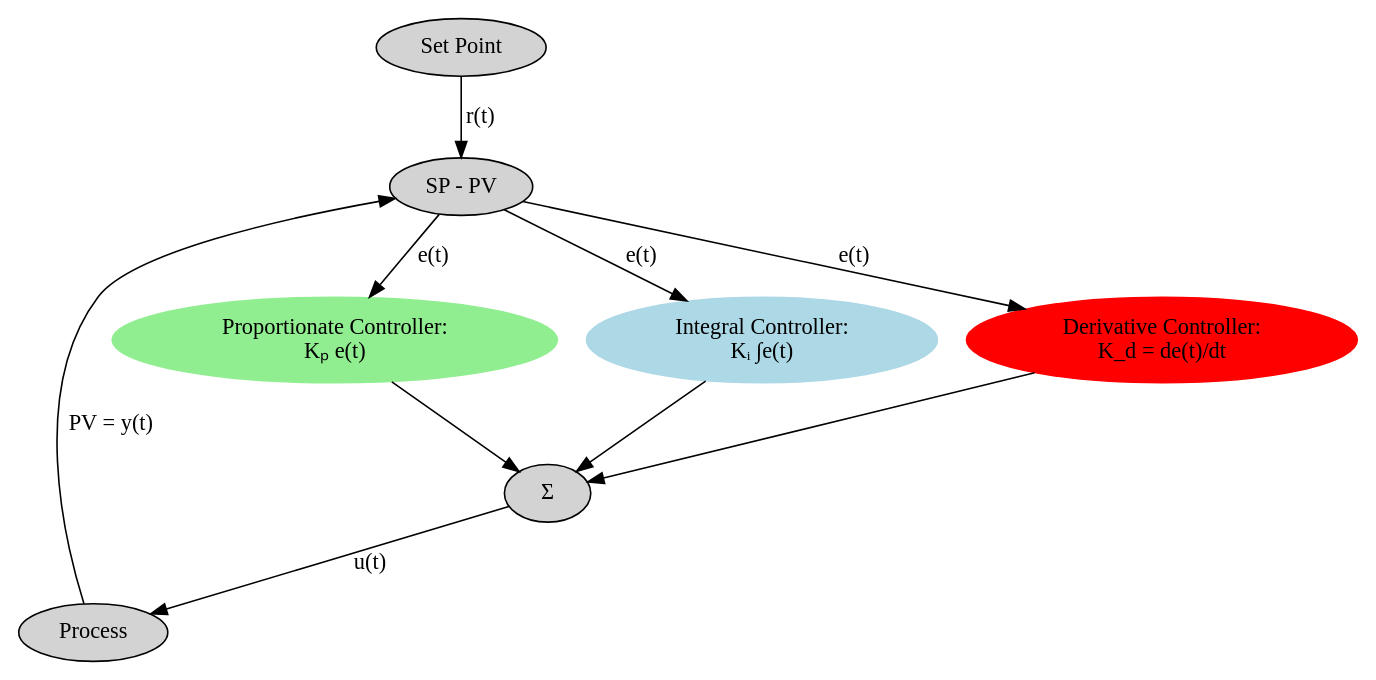
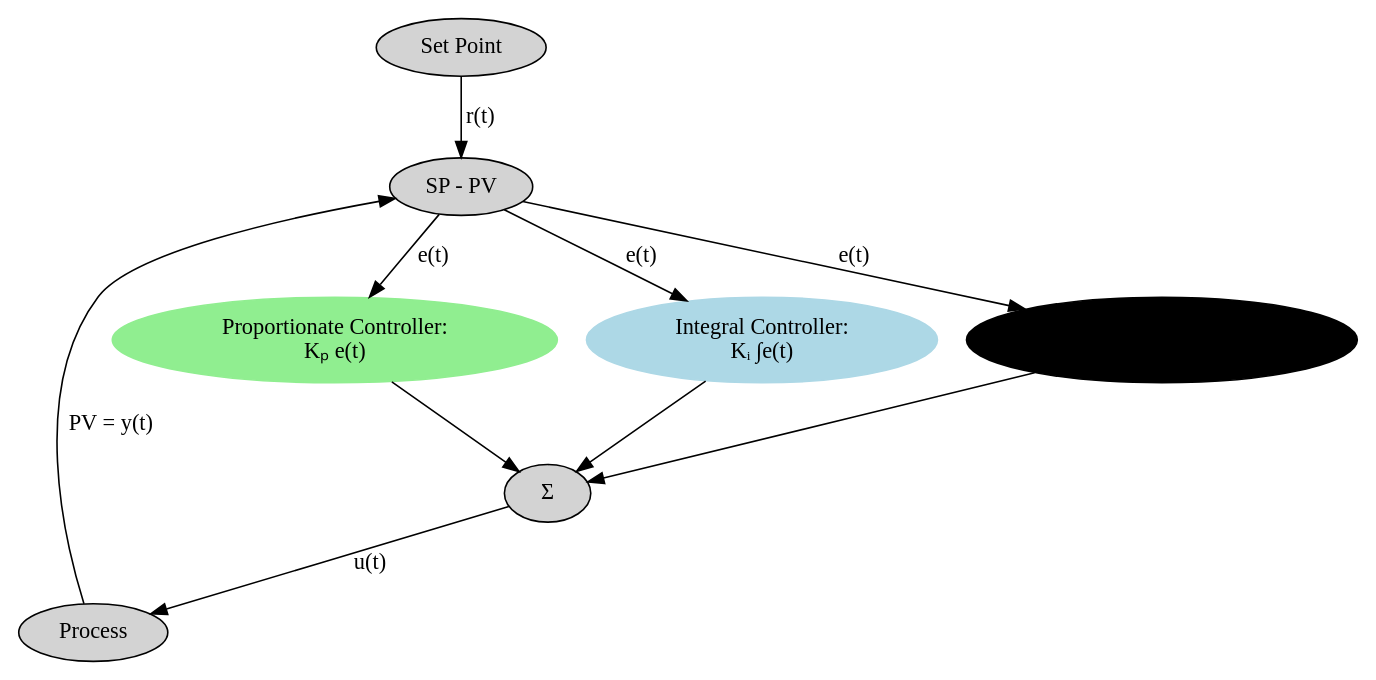
Before and after one commit to brain-fuel-co/feedback: the diagram in pid-dotfiles/pid-controller.dot, drawn with Graphviz. The commit also changed 5 other files, not shown here.

```diff
--- a/pid-dotfiles/pid-controller.dot
+++ b/pid-dotfiles/pid-controller.dot
@@ -1,20 +1,20 @@
 digraph PID {
     node [style=filled];
     SP [label="Set Point"];
     PR [label="Process"];
     S1 [label="SP - PV"];
     P  [color=lightgreen,label="Proportionate Controller:\nKₚ e(t)"];
     I  [color=lightblue,label="Integral Controller:\nKᵢ ∫e(t)"];
-    D  [color=red,label="Derivative Controller:\nK_d = de(t)/dt"];
+    D  [color=palered,label="Derivative Controller:\nK_d = de(t)/dt"];
     S2 [label="Σ"];
 
     SP -> S1 [label="r(t)"];
     PR -> S1 [label="PV = y(t)"];
     S1 -> P  [label="e(t)"];
     S1 -> I  [label="e(t)"];
     S1 -> D  [label="e(t)"];
     P  -> S2;
     I  -> S2;
     D  -> S2;
     S2 -> PR [label="u(t)"];
 }
```
